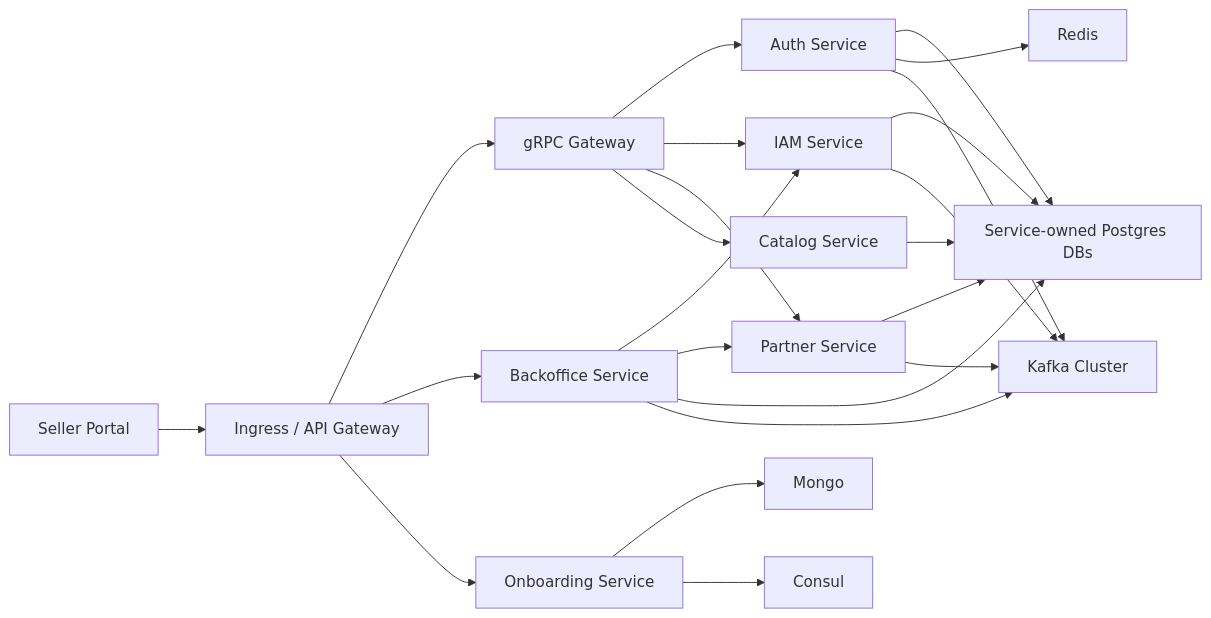
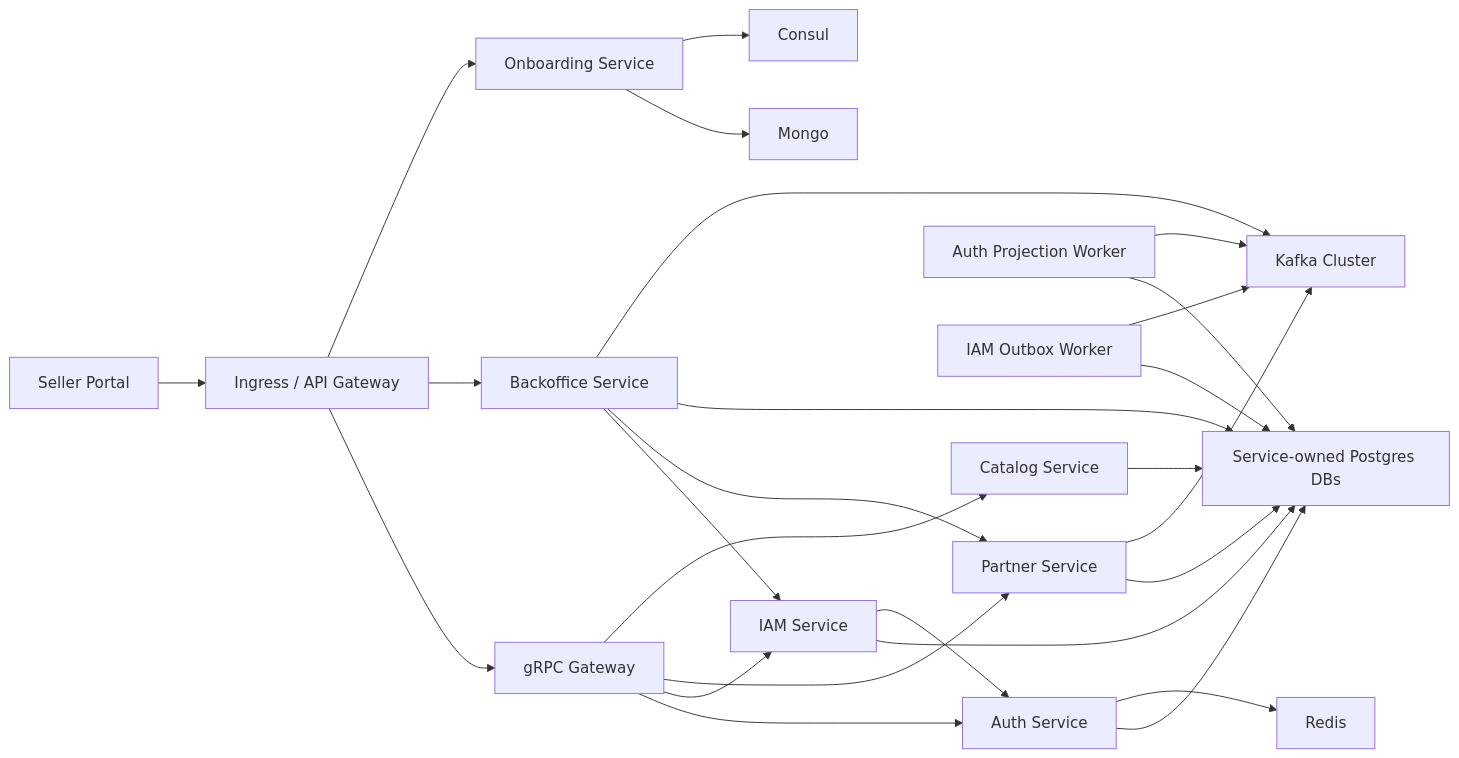
The second of 2 diagrams in docs/architecture/deployment.md (tuannm99/podzone), drawn with Mermaid before and after one commit. The commit also changed other lines of this file and 10 other files, not shown here.

Commit message:
refactor(vibe): auth/iam - split api and worker runtimes

````diff
--- a/docs/architecture/deployment.md
+++ b/docs/architecture/deployment.md
@@ -65,43 +70,48 @@
 ```mermaid
 flowchart LR
     Ingress["Ingress / API Gateway"]
     UI["Seller Portal"]
     Gateway["gRPC Gateway"]
     Auth["Auth Service"]
+    AuthWorker["Auth Projection Worker"]
     IAM["IAM Service"]
+    IAMWorker["IAM Outbox Worker"]
     Backoffice["Backoffice Service"]
     Partner["Partner Service"]
     Catalog["Catalog Service"]
     Onboarding["Onboarding Service"]
     Kafka["Kafka Cluster"]
     Redis["Redis"]
     SQL["Service-owned Postgres DBs"]
     Consul["Consul"]
     Mongo["Mongo"]
 
     UI --> Ingress
     Ingress --> Gateway
     Ingress --> Backoffice
     Ingress --> Onboarding
 
     Gateway --> Auth
     Gateway --> IAM
     Gateway --> Partner
     Gateway --> Catalog
 
     Backoffice --> IAM
     Backoffice --> Partner
 
     Auth --> SQL
     Auth --> Redis
-    Auth --> Kafka
+    AuthWorker --> SQL
+    AuthWorker --> Kafka
     IAM --> SQL
-    IAM --> Kafka
+    IAM --> Auth
+    IAMWorker --> SQL
+    IAMWorker --> Kafka
     Partner --> SQL
     Partner --> Kafka
     Catalog --> SQL
     Backoffice --> SQL
     Backoffice --> Kafka
     Onboarding --> Mongo
     Onboarding --> Consul
 ```
````
